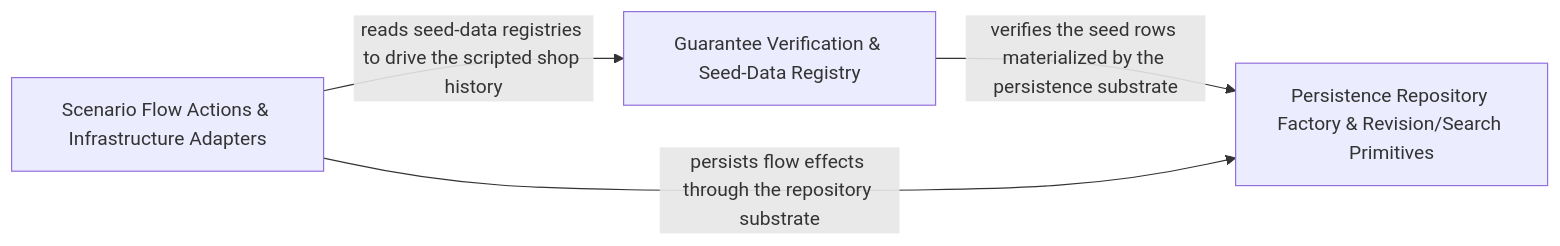
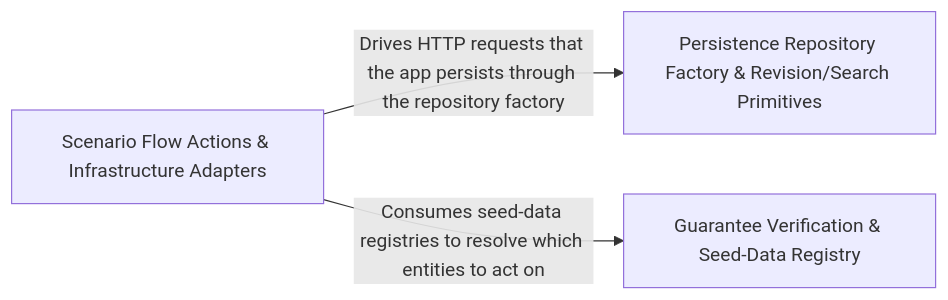
One commit to Guebbit/boilerplate-node-backend changed the diagram in .2brain/arch/Guarantee_Verification_Seed_Data_Registry.md. Above: the diagram before and after it, drawn with Mermaid. The commit also changed other lines of this file and 627 other files, not shown here.

````diff
--- a/.2brain/arch/Guarantee_Verification_Seed_Data_Registry.md
+++ b/.2brain/arch/Guarantee_Verification_Seed_Data_Registry.md
@@ -10,9 +10,8 @@
 ```mermaid
 graph LR
     Persistence_Repository_Factory_Revision_Search_Primitives["Persistence Repository Factory & Revision/Search Primitives"]
     Guarantee_Verification_Seed_Data_Registry["Guarantee Verification & Seed-Data Registry"]
     Scenario_Flow_Actions_Infrastructure_Adapters["Scenario Flow Actions & Infrastructure Adapters"]
-    Guarantee_Verification_Seed_Data_Registry -- "verifies the seed rows materialized by the persistence substrate" --> Persistence_Repository_Factory_Revision_Search_Primitives
-    Scenario_Flow_Actions_Infrastructure_Adapters -- "persists flow effects through the repository substrate" --> Persistence_Repository_Factory_Revision_Search_Primitives
-    Scenario_Flow_Actions_Infrastructure_Adapters -- "reads seed-data registries to drive the scripted shop history" --> Guarantee_Verification_Seed_Data_Registry
+    Scenario_Flow_Actions_Infrastructure_Adapters -- "Drives HTTP requests that the app persists through the repository factory" --> Persistence_Repository_Factory_Revision_Search_Primitives
+    Scenario_Flow_Actions_Infrastructure_Adapters -- "Consumes seed-data registries to resolve which entities to act on" --> Guarantee_Verification_Seed_Data_Registry
 ```
````
